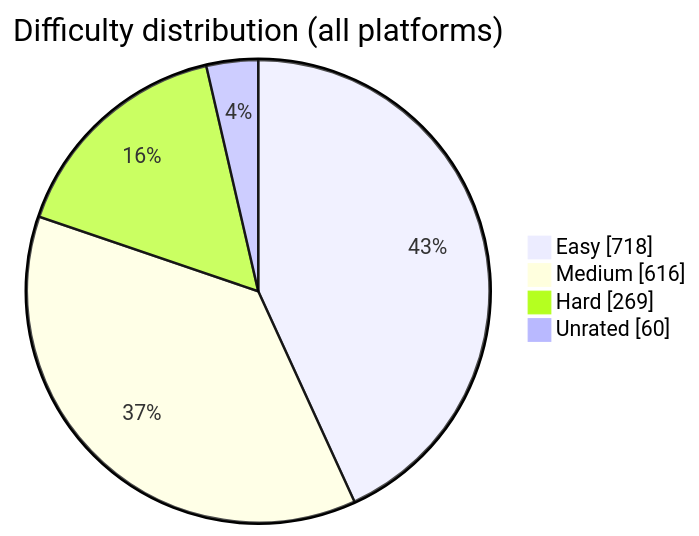
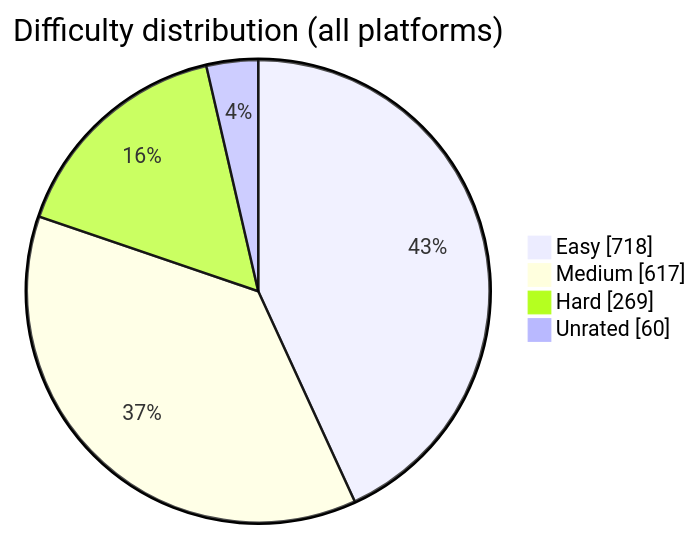
The diagram in README.md (BuildbyArindam/Daily-Coding-Log), drawn with Mermaid before and after one commit. The commit also changed other lines of this file, not shown here.

````diff
--- a/README.md
+++ b/README.md
@@ -93,7 +93,7 @@
 ```mermaid
 pie showData title Difficulty distribution (all platforms)
     "Easy" : 718
-    "Medium" : 616
+    "Medium" : 617
     "Hard" : 269
     "Unrated" : 60
 ```
````
